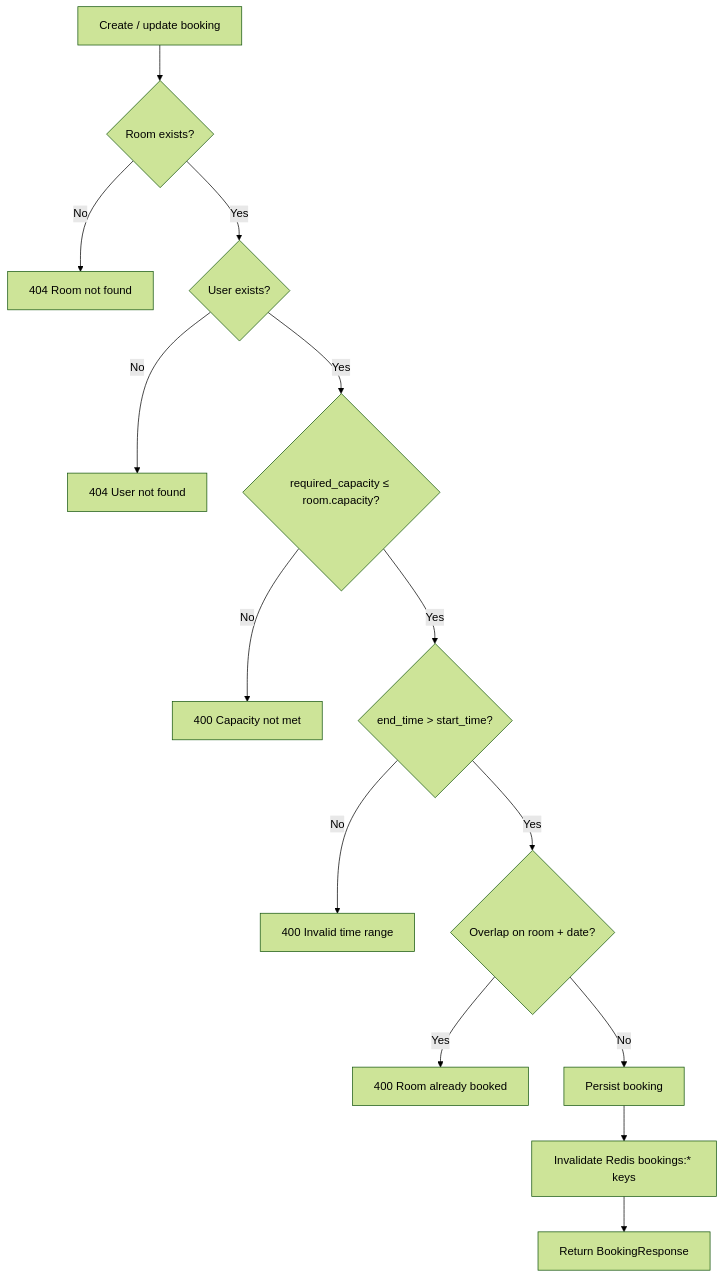
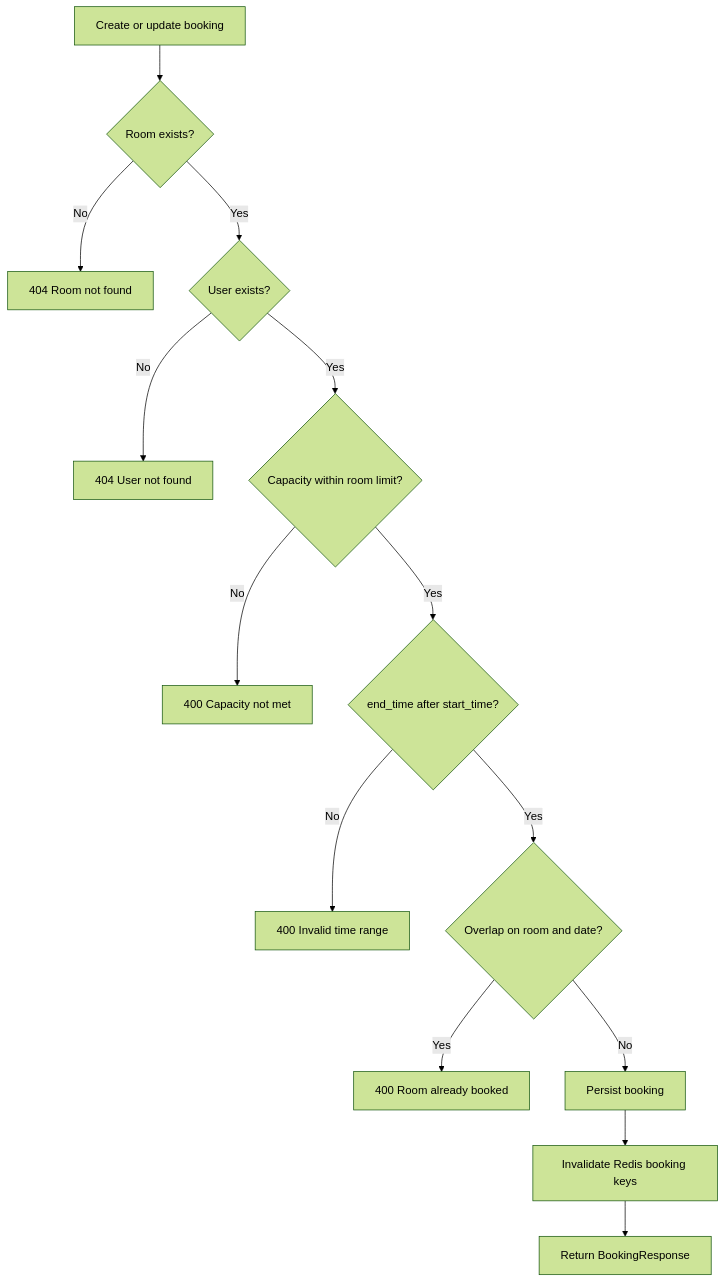
One commit to gnanavi030/booking-system changed the tenth of 17 diagrams in Readme.md. Above: the diagram before and after it, drawn with Mermaid (forest theme). The commit also changed other lines of this file, not shown here.

````diff
--- a/Readme.md
+++ b/Readme.md
@@ -509,16 +503,16 @@
 ```mermaid
 flowchart TD
-    A[Create / update booking] --> B{Room exists?}
+    A[Create or update booking] --> B{Room exists?}
     B -->|No| E1[404 Room not found]
     B -->|Yes| C{User exists?}
     C -->|No| E2[404 User not found]
-    C -->|Yes| D{required_capacity ≤ room.capacity?}
+    C -->|Yes| D{Capacity within room limit?}
     D -->|No| E3[400 Capacity not met]
-    D -->|Yes| F{end_time > start_time?}
+    D -->|Yes| F{end_time after start_time?}
     F -->|No| E4[400 Invalid time range]
-    F -->|Yes| G{Overlap on room + date?}
+    F -->|Yes| G{Overlap on room and date?}
     G -->|Yes| E5[400 Room already booked]
     G -->|No| H[Persist booking]
-    H --> I[Invalidate Redis bookings:* keys]
+    H --> I[Invalidate Redis booking keys]
     I --> J[Return BookingResponse]
 ```
````
